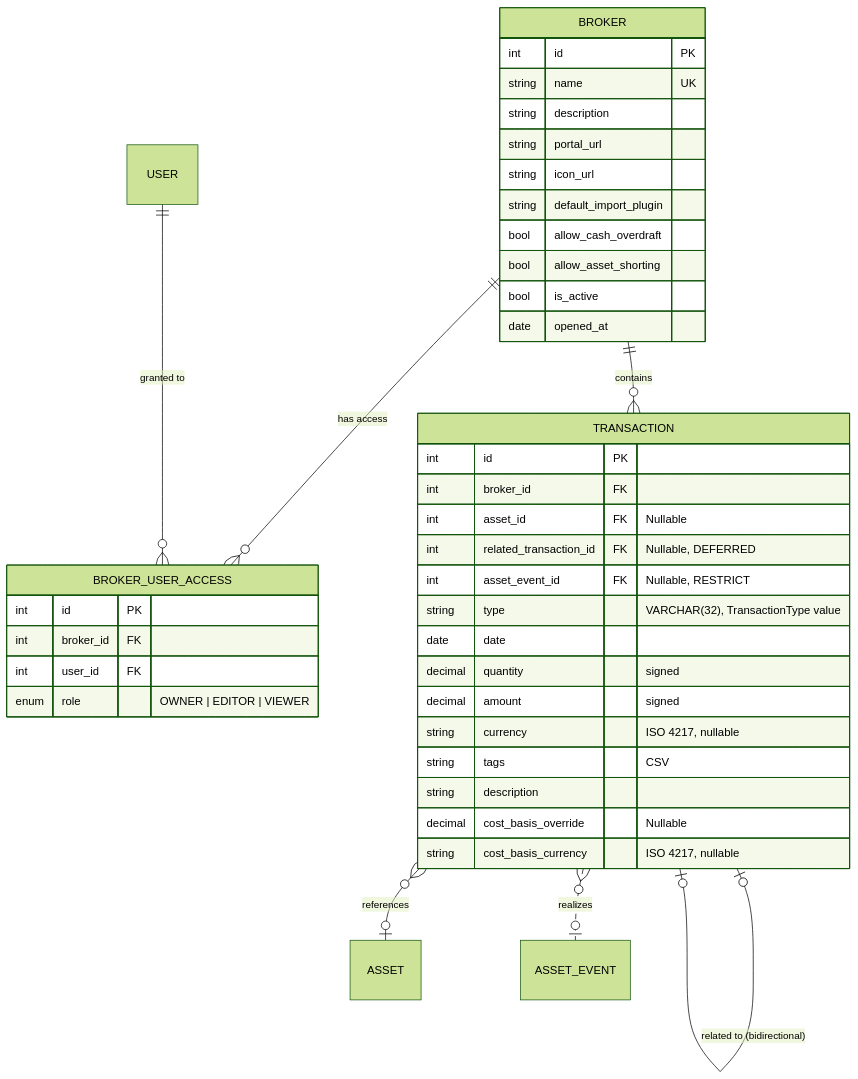
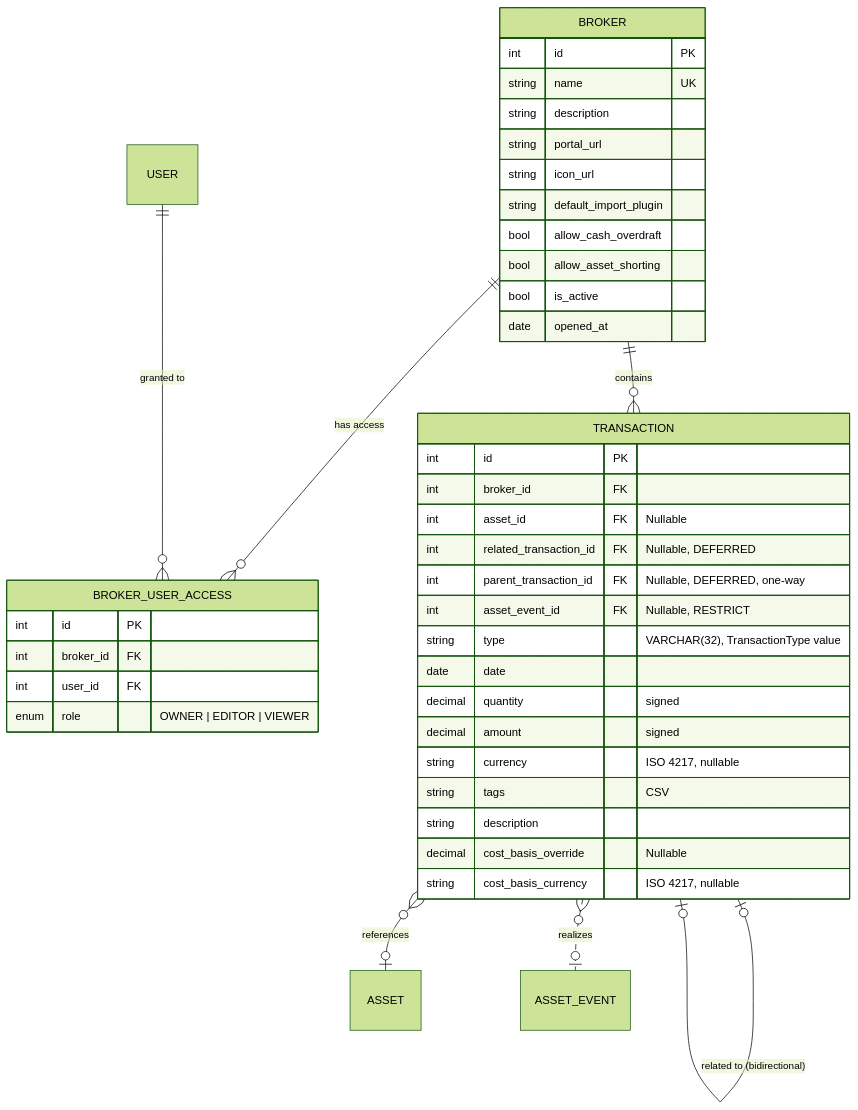
One commit to Librefolio/LibreFolio changed the diagram in mkdocs_src/docs/developer/architecture/database/brokers_transactions.md. Above: the diagram before and after it, drawn with Mermaid (forest theme). The commit also changed other lines of this file and 3 other files, not shown here.

Commit message:
docs(db): parent_transaction_id in schema docs

````diff
--- a/mkdocs_src/docs/developer/architecture/database/brokers_transactions.md
+++ b/mkdocs_src/docs/developer/architecture/database/brokers_transactions.md
@@ -7,46 +7,47 @@
 ```mermaid
 erDiagram
     BROKER ||--o{ BROKER_USER_ACCESS : "has access"
     USER ||--o{ BROKER_USER_ACCESS : "granted to"
     BROKER ||--o{ TRANSACTION : "contains"
     TRANSACTION |o--o| TRANSACTION : "related to (bidirectional)"
     TRANSACTION }o--o| ASSET : "references"
     TRANSACTION }o..o| ASSET_EVENT : "realizes"
 
     BROKER {
         int id PK
         string name UK
         string description
         string portal_url
         string icon_url
         string default_import_plugin
         bool allow_cash_overdraft
         bool allow_asset_shorting
         bool is_active
         date opened_at
     }
 
     BROKER_USER_ACCESS {
         int id PK
         int broker_id FK
         int user_id FK
         enum role "OWNER | EDITOR | VIEWER"
     }
 
     TRANSACTION {
         int id PK
         int broker_id FK
         int asset_id FK "Nullable"
         int related_transaction_id FK "Nullable, DEFERRED"
+        int parent_transaction_id FK "Nullable, DEFERRED, one-way"
         int asset_event_id FK "Nullable, RESTRICT"
         string type "VARCHAR(32), TransactionType value"
         date date
         decimal quantity "signed"
         decimal amount "signed"
         string currency "ISO 4217, nullable"
         string tags "CSV"
         string description
         decimal cost_basis_override "Nullable"
         string cost_basis_currency "ISO 4217, nullable"
     }
 ```
````
